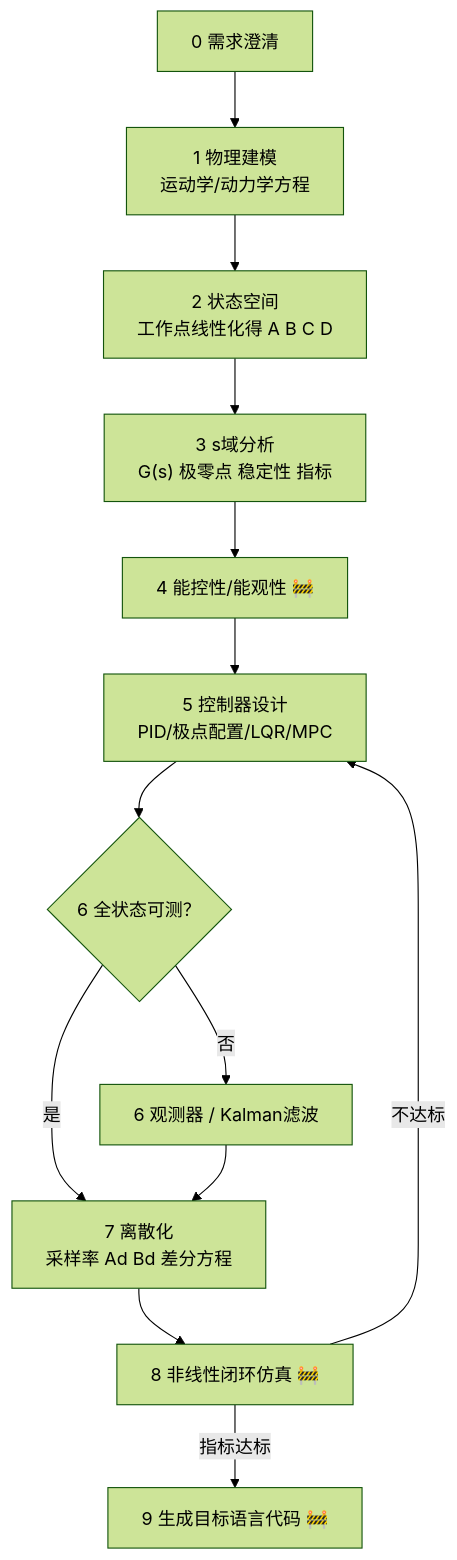
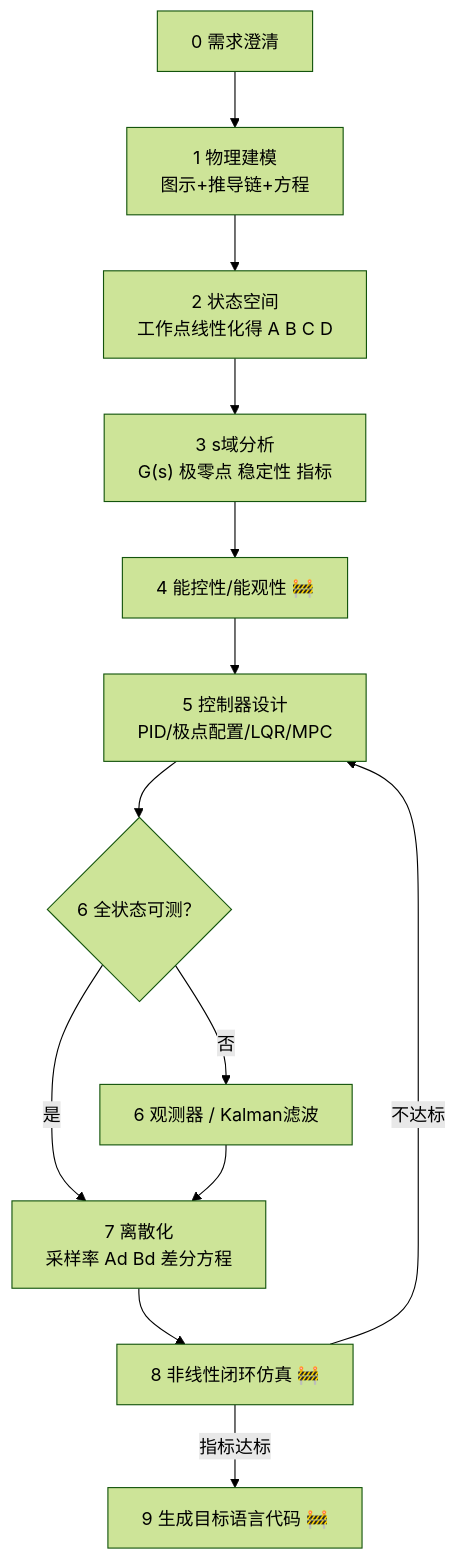
Before and after one commit to xingxingRealzyx/control-system-design: the first of 2 diagrams in SKILL.md, drawn with Mermaid (forest theme). The commit also changed other lines of this file and 1 other file, not shown here.

First line of the commit message:
固化Stage1-2固定产出：物理世界图示与物理到状态空间推导链

````diff
--- a/SKILL.md
+++ b/SKILL.md
@@ -14,15 +14,15 @@
 ```mermaid
 flowchart TD
-    S0["0 需求澄清"] --> S1["1 物理建模<br/>运动学/动力学方程"]
+    S0["0 需求澄清"] --> S1["1 物理建模<br/>图示+推导链+方程"]
     S1 --> S2["2 状态空间<br/>工作点线性化得 A B C D"]
     S2 --> S3["3 s域分析<br/>G(s) 极零点 稳定性 指标"]
     S3 --> S4["4 能控性/能观性 🚧"]
     S4 --> S5["5 控制器设计<br/>PID/极点配置/LQR/MPC"]
     S5 --> S6{"6 全状态可测？"}
     S6 -->|"否"| S6b["6 观测器 / Kalman滤波"]
     S6 -->|"是"| S7
     S6b --> S7["7 离散化<br/>采样率 Ad Bd 差分方程"]
     S7 --> S8["8 非线性闭环仿真 🚧"]
     S8 -->|"指标达标"| S9["9 生成目标语言代码 🚧"]
     S8 -->|"不达标"| S5
 ```
````
